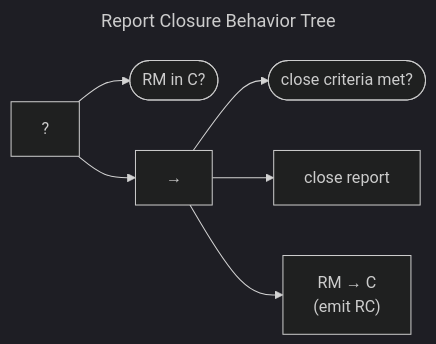
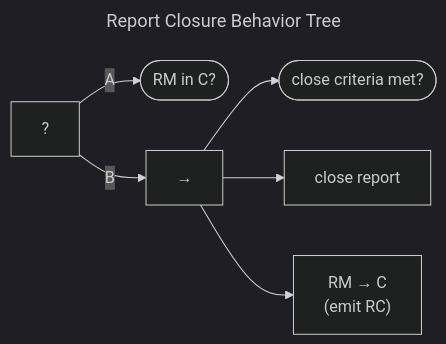
One commit to CERTCC/Vultron changed the diagram in docs/topics/behavior_logic/rm_closure_bt.md. Above: the diagram before and after it, drawn with Mermaid (dark theme). The commit also changed other lines of this file and 21 other files, not shown here.

````diff
--- a/docs/topics/behavior_logic/rm_closure_bt.md
+++ b/docs/topics/behavior_logic/rm_closure_bt.md
@@ -11,17 +11,17 @@
 ```mermaid
 ---
 title: Report Closure Behavior Tree
 ---
 flowchart LR
     fb["?"]
     check_closed(["RM in C?"])
-    fb --> check_closed
+    fb -->|A| check_closed
     seq["&rarr;"]
-    fb --> seq
+    fb -->|B| seq
     close_criteria_met(["close criteria met?"])
     seq --> close_criteria_met
     close["close report"]
     seq --> close
     close_to_c["RM &rarr; C<br/>(emit RC)"]
     seq --> close_to_c
 ```
````
